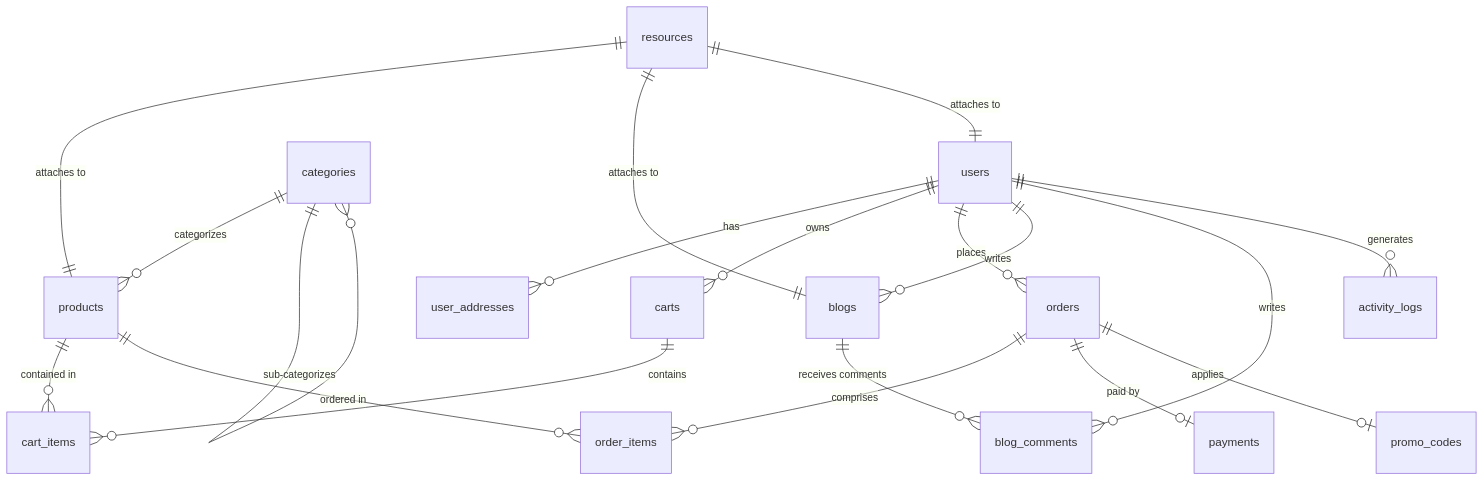
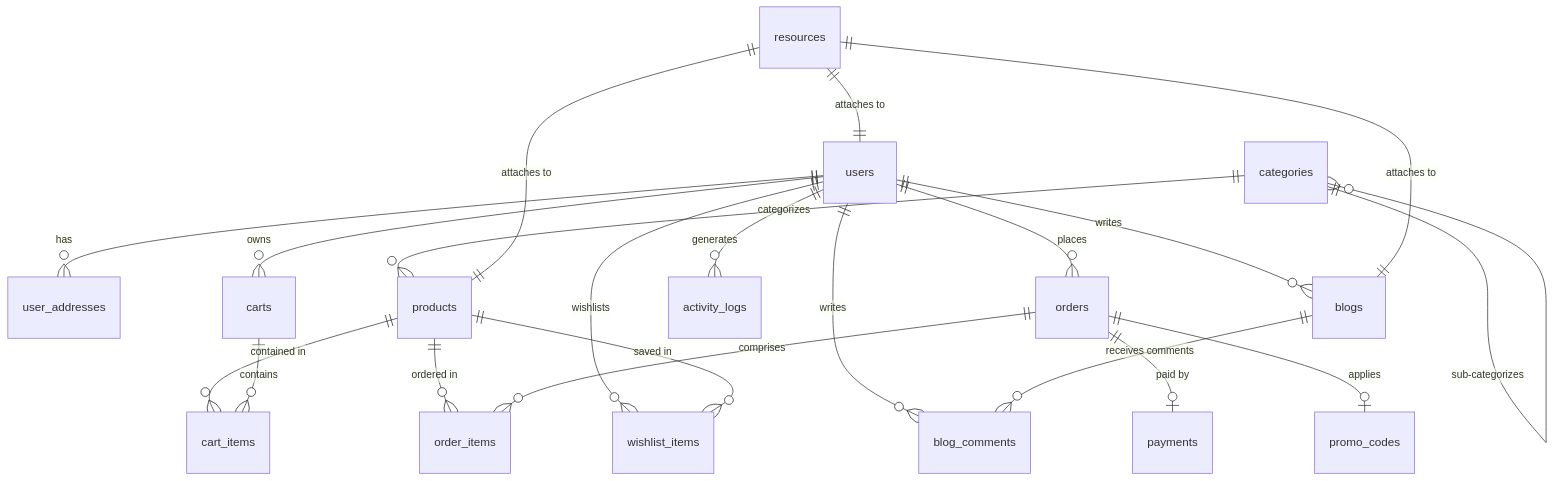
One commit to RedZONERROR/ARGLOVE-WEB changed the diagram in backend/database_schema.md. Above: the diagram before and after it, drawn with Mermaid. The commit also changed other lines of this file, not shown here.

Commit message:
Update backend database schema documentation with password reset fields and wishlist_items table

````diff
--- a/backend/database_schema.md
+++ b/backend/database_schema.md
@@ -9,27 +9,29 @@
 ```mermaid
 erDiagram
     users ||--o{ user_addresses : "has"
     users ||--o{ carts : "owns"
     users ||--o{ orders : "places"
     users ||--o{ blogs : "writes"
     users ||--o{ blog_comments : "writes"
     users ||--o{ activity_logs : "generates"
+    users ||--o{ wishlist_items : "wishlists"
     
     categories ||--o{ products : "categorizes"
     categories ||--o{ categories : "sub-categorizes"
     
     products ||--o{ cart_items : "contained in"
     products ||--o{ order_items : "ordered in"
+    products ||--o{ wishlist_items : "saved in"
     
     carts ||--o{ cart_items : "contains"
     
     orders ||--o{ order_items : "comprises"
     orders ||--o| payments : "paid by"
     orders ||--o| promo_codes : "applies"
     
     blogs ||--o{ blog_comments : "receives comments"
 
     resources ||--|| products : "attaches to"
     resources ||--|| blogs : "attaches to"
     resources ||--|| users : "attaches to"
 ```
````
